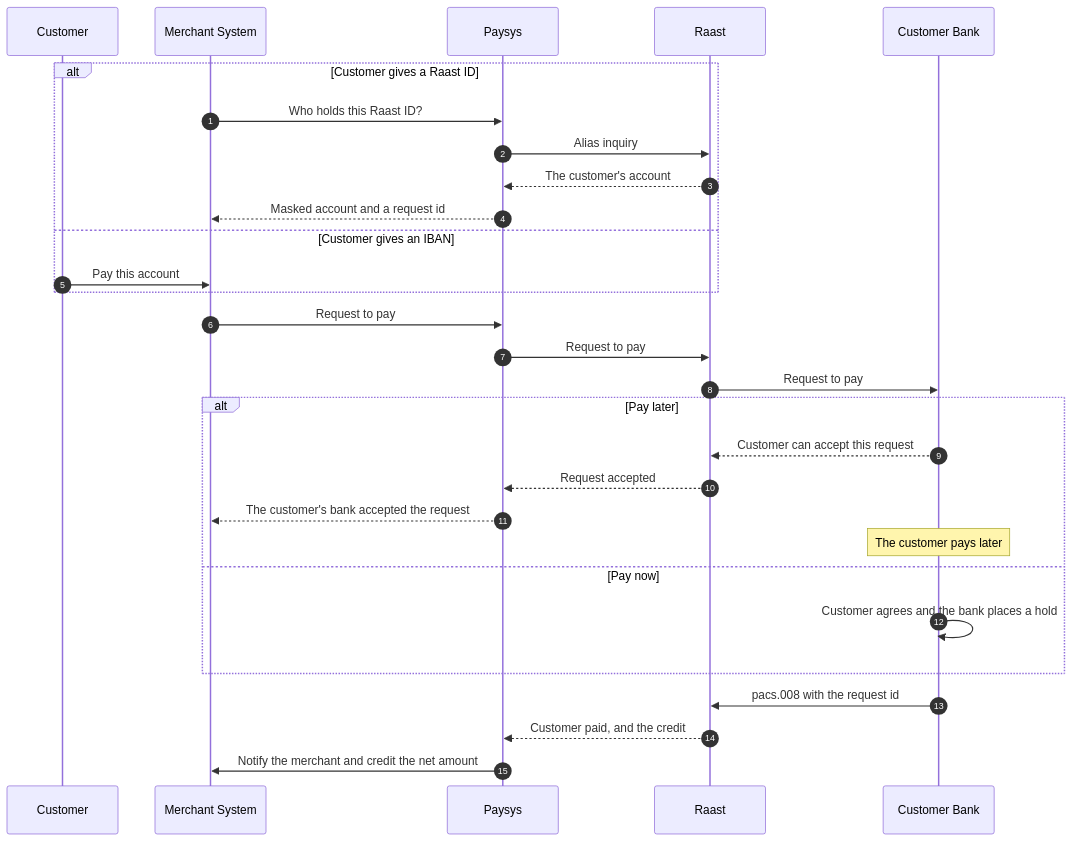
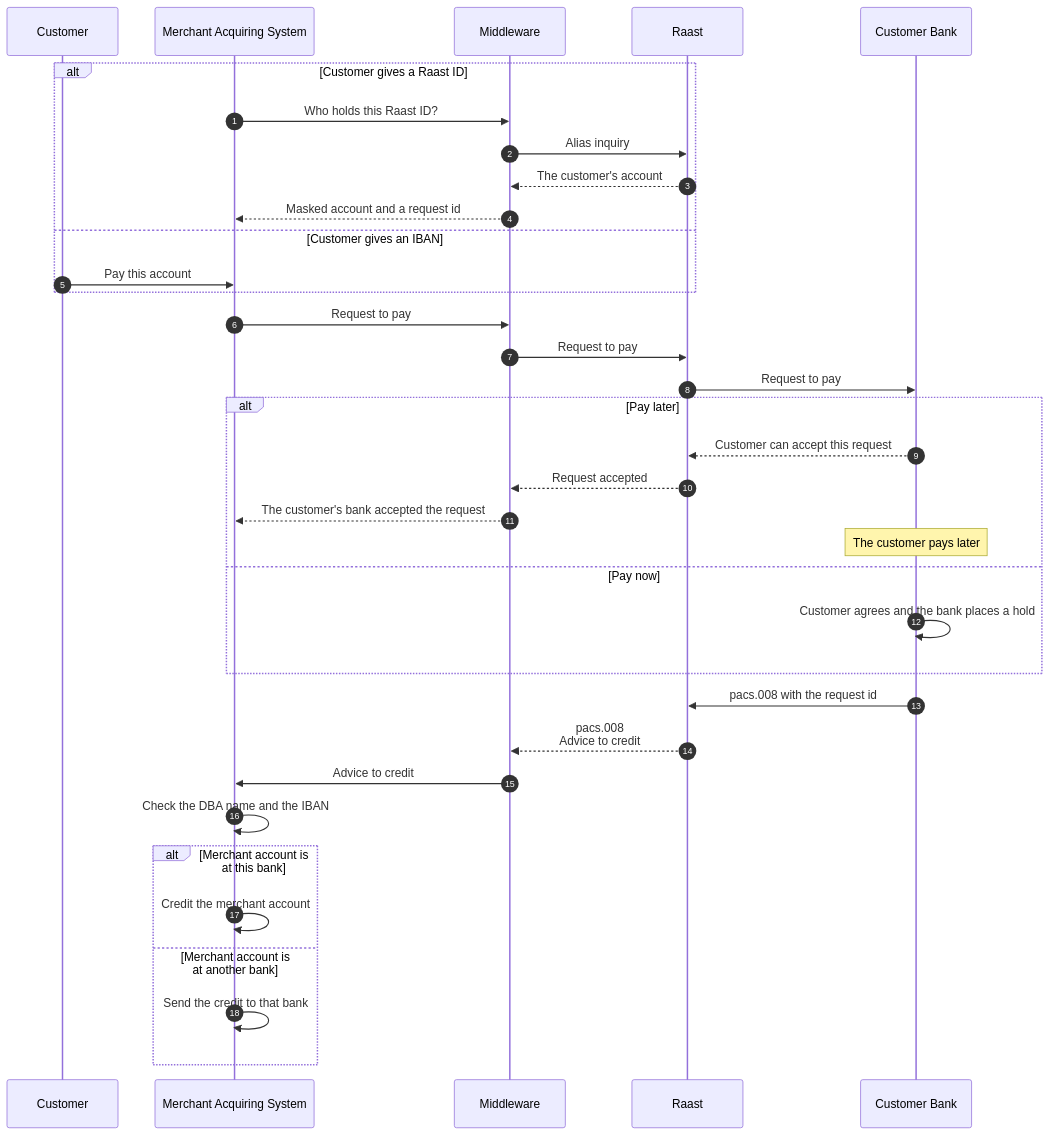
Before and after one commit to HuzaifaTanzeel/raast-training-public: the sixth of 8 diagrams in modules/04-p2m-acquiring/04_Raast_P2M_Acquiring_Overview.md, drawn with Mermaid. The commit also changed other lines of this file and 5 other files, not shown here.

````diff
--- a/modules/04-p2m-acquiring/04_Raast_P2M_Acquiring_Overview.md
+++ b/modules/04-p2m-acquiring/04_Raast_P2M_Acquiring_Overview.md
@@ -198,35 +225,41 @@
 ```mermaid
 sequenceDiagram
     autonumber
     participant C as Customer
-    participant MS as Merchant System
-    participant P as Paysys
+    participant MAS as Merchant Acquiring System
+    participant MW as Middleware
     participant R as Raast
     participant IB as Customer Bank
 
     alt Customer gives a Raast ID
-        MS->>P: Who holds this Raast ID?
-        P->>R: Alias inquiry
-        R-->>P: The customer's account
-        P-->>MS: Masked account and a request id
+        MAS->>MW: Who holds this Raast ID?
+        MW->>R: Alias inquiry
+        R-->>MW: The customer's account
+        MW-->>MAS: Masked account and a request id
     else Customer gives an IBAN
-        C->>MS: Pay this account
+        C->>MAS: Pay this account
     end
 
-    MS->>P: Request to pay
-    P->>R: Request to pay
+    MAS->>MW: Request to pay
+    MW->>R: Request to pay
     R->>IB: Request to pay
 
     alt Pay later
         IB-->>R: Customer can accept this request
-        R-->>P: Request accepted
-        P-->>MS: The customer's bank accepted the request
+        R-->>MW: Request accepted
+        MW-->>MAS: The customer's bank accepted the request
         Note over IB: The customer pays later
     else Pay now
         IB->>IB: Customer agrees and the bank places a hold
     end
 
     IB->>R: pacs.008 with the request id
-    R-->>P: Customer paid, and the credit
-    P->>MS: Notify the merchant and credit the net amount
+    R-->>MW: pacs.008<br/>Advice to credit
+    MW->>MAS: Advice to credit
+    MAS->>MAS: Check the DBA name and the IBAN
+    alt Merchant account is at this bank
+        MAS->>MAS: Credit the merchant account
+    else Merchant account is at another bank
+        MAS->>MAS: Send the credit to that bank
+    end
 ```
````
